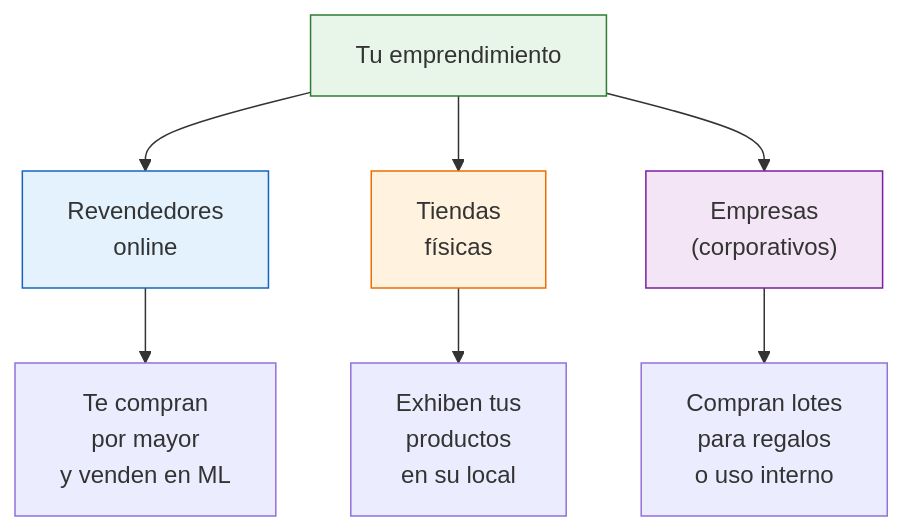
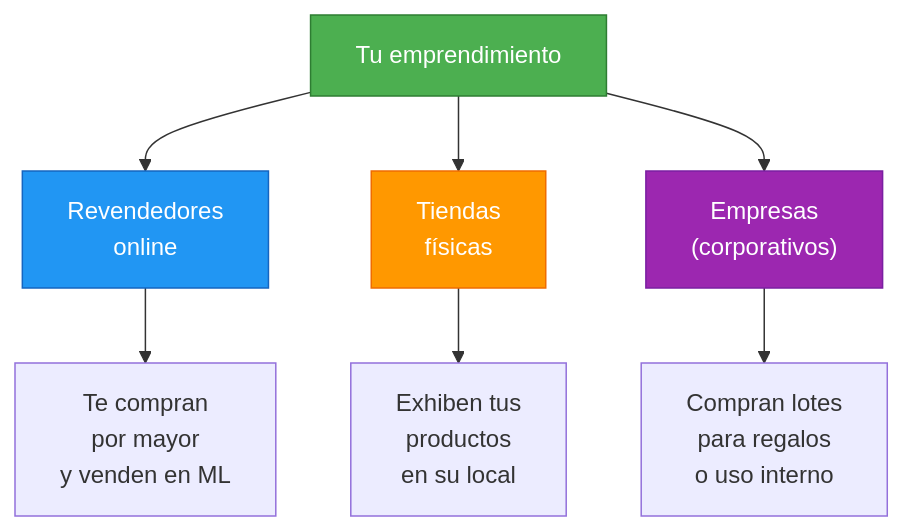
The first of 2 diagrams in app/paso1-argentina/crecer-gestionar/venta-b2b-practica.mdx (barrosignacioezequiel-coder/docs), drawn with Mermaid before and after one commit. The commit also changed other lines of this file and 66 other files, not shown here.

First line of the commit message:
fix: resolve Mermaid v11 numbered list errors + improve contrast

````diff
--- a/app/paso1-argentina/crecer-gestionar/venta-b2b-practica.mdx
+++ b/app/paso1-argentina/crecer-gestionar/venta-b2b-practica.mdx
@@ -19,15 +19,15 @@
 ```mermaid
 graph TD
     A["Tu emprendimiento"] --> B["Revendedores<br/>online"]
     A --> C["Tiendas<br/>físicas"]
     A --> D["Empresas<br/>(corporativos)"]
 
     B --> B1["Te compran<br/>por mayor<br/>y venden en ML"]
     C --> C1["Exhiben tus<br/>productos<br/>en su local"]
     D --> D1["Compran lotes<br/>para regalos<br/>o uso interno"]
 
-    style A fill:#e8f5e9,stroke:#2e7d32
-    style B fill:#e3f2fd,stroke:#1565c0
-    style C fill:#fff3e0,stroke:#ef6c00
-    style D fill:#f3e5f5,stroke:#7b1fa2
+    style A fill:#4caf50,stroke:#2e7d32,color:#fff
+    style B fill:#2196f3,stroke:#1565c0,color:#fff
+    style C fill:#ff9800,stroke:#ef6c00,color:#fff
+    style D fill:#9c27b0,stroke:#7b1fa2,color:#fff
 ```
````
